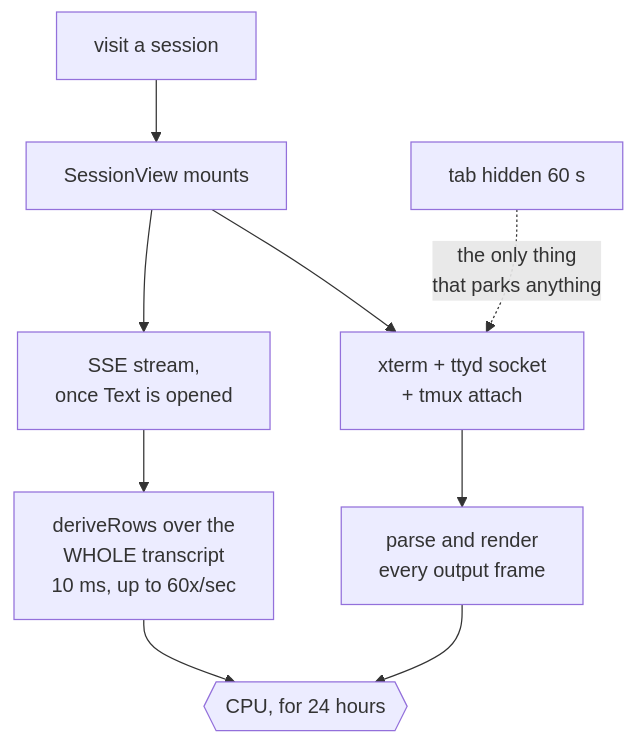
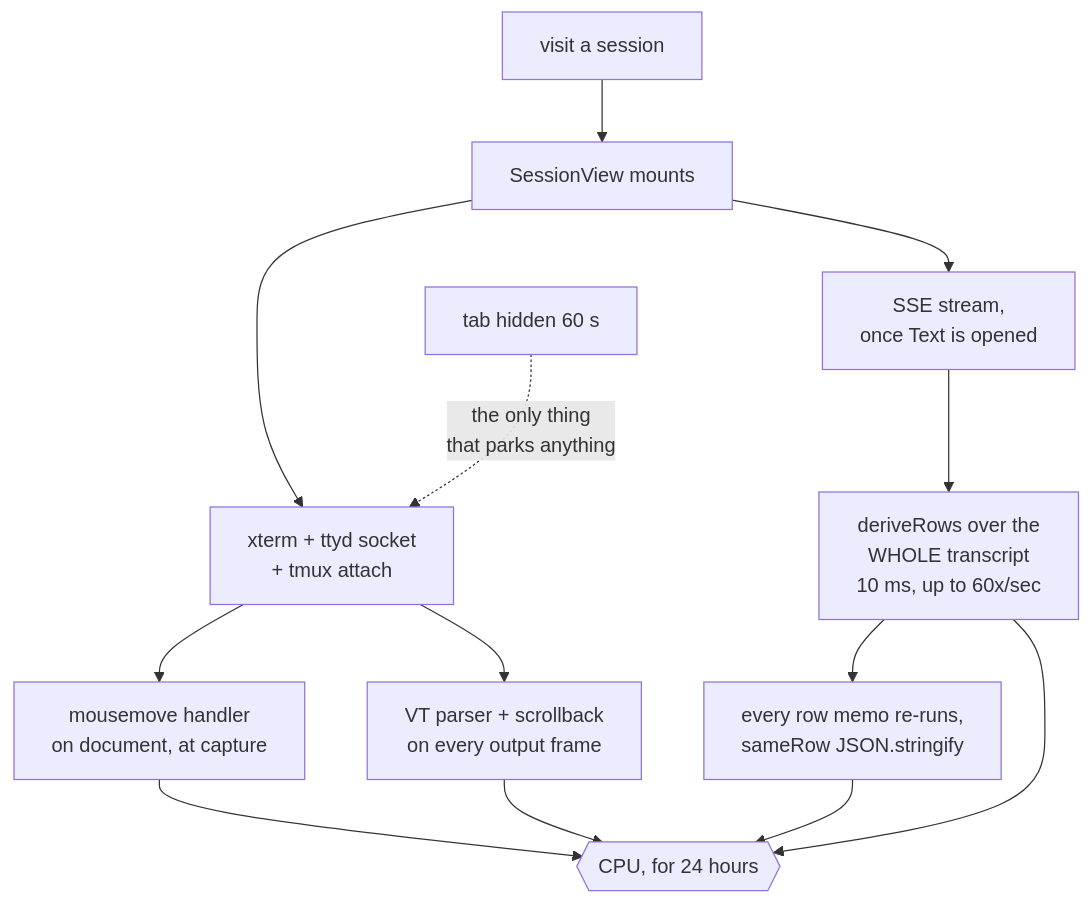
Before and after one commit to ViktorBarzin/terminal-lobby: the first of 2 diagrams in docs/plans/2026-09-11-client-cpu-parking-design.md, drawn with Mermaid. The commit also changed other lines of this file, not shown here.

````diff
--- a/docs/plans/2026-09-11-client-cpu-parking-design.md
+++ b/docs/plans/2026-09-11-client-cpu-parking-design.md
@@ -56,11 +77,15 @@
 ```mermaid
 flowchart TD
     V[visit a session] --> M[SessionView mounts]
     M --> T["xterm + ttyd socket<br/>+ tmux attach"]
     M --> S["SSE stream,<br/>once Text is opened"]
-    T --> R["parse and render<br/>every output frame"]
+    T --> X["mousemove handler<br/>on document, at capture"]
+    T --> R["VT parser + scrollback<br/>on every output frame"]
     S --> D["deriveRows over the<br/>WHOLE transcript<br/>10 ms, up to 60x/sec"]
+    D --> K["every row memo re-runs,<br/>sameRow JSON.stringify"]
+    K --> C
+    X --> C
     R --> C{{"CPU, for 24 hours"}}
     D --> C
     H["tab hidden 60 s"] -.->|the only thing<br/>that parks anything| T
 ```
````
